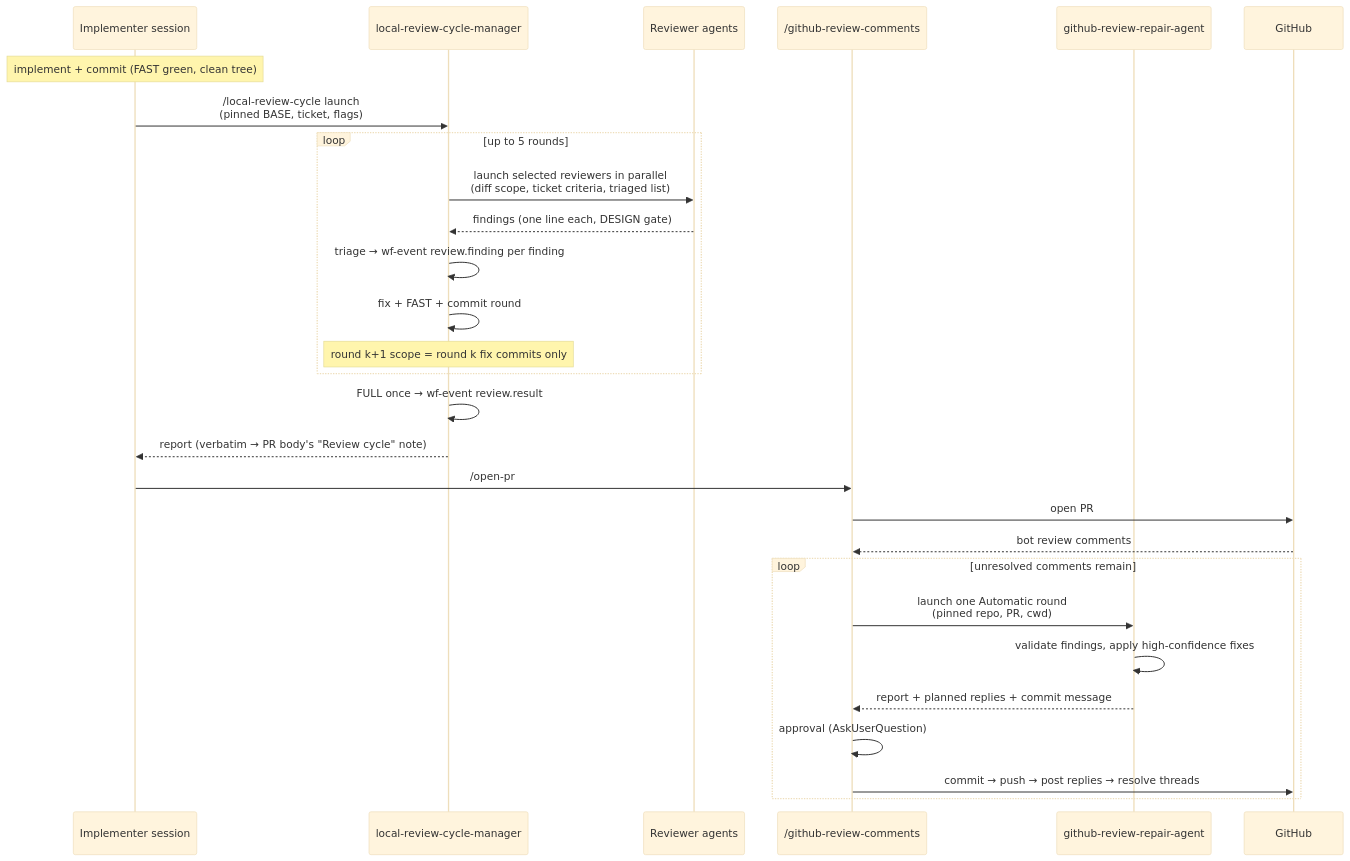
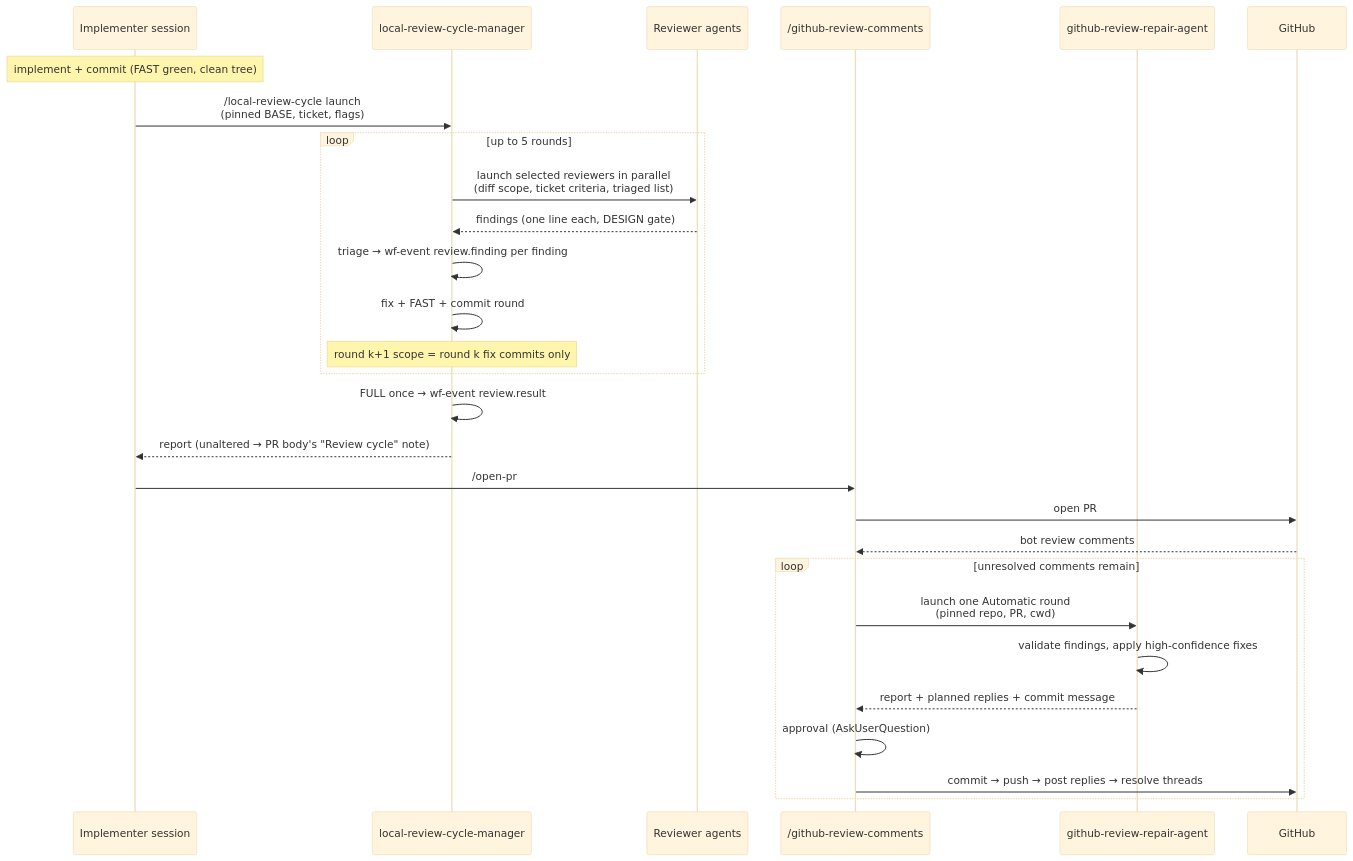
The second of 3 diagrams in docs/workflow-architecture.md (IdahoEv/dotfiles), drawn with Mermaid (base theme) before and after one commit. The commit also changed 6 other files, not shown here.

First line of the commit message:
Relay review reports unaltered at top level so tables render

````diff
--- a/docs/workflow-architecture.md
+++ b/docs/workflow-architecture.md
@@ -68,31 +68,31 @@
 ```mermaid
 sequenceDiagram
     participant Impl as Implementer session
     participant Mgr as local-review-cycle-manager
     participant R as Reviewer agents
     participant Cmd as /github-review-comments
     participant RA as github-review-repair-agent
     participant GH as GitHub
 
     Note over Impl: implement + commit (FAST green, clean tree)
     Impl->>Mgr: /local-review-cycle launch<br/>(pinned BASE, ticket, flags)
     loop up to 5 rounds
         Mgr->>R: launch selected reviewers in parallel<br/>(diff scope, ticket criteria, triaged list)
         R-->>Mgr: findings (one line each, DESIGN gate)
         Mgr->>Mgr: triage → wf-event review.finding per finding
         Mgr->>Mgr: fix + FAST + commit round
         Note over Mgr: round k+1 scope = round k fix commits only
     end
     Mgr->>Mgr: FULL once → wf-event review.result
-    Mgr-->>Impl: report (verbatim → PR body's "Review cycle" note)
+    Mgr-->>Impl: report (unaltered → PR body's "Review cycle" note)
     Impl->>Cmd: /open-pr
     Cmd->>GH: open PR
     GH-->>Cmd: bot review comments
     loop unresolved comments remain
         Cmd->>RA: launch one Automatic round<br/>(pinned repo, PR, cwd)
         RA->>RA: validate findings, apply high-confidence fixes
         RA-->>Cmd: report + planned replies + commit message
         Cmd->>Cmd: approval (AskUserQuestion)
         Cmd->>GH: commit → push → post replies → resolve threads
     end
 ```
````
